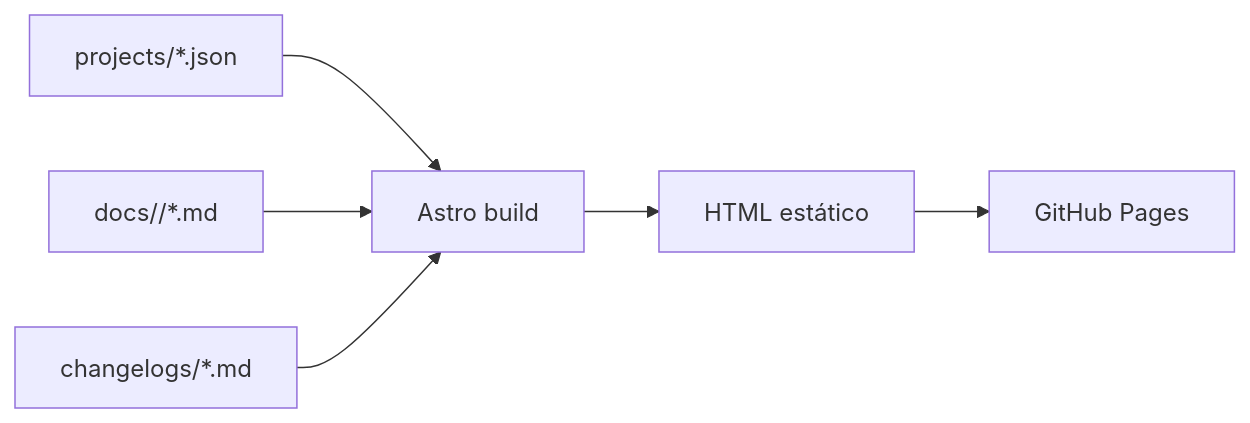
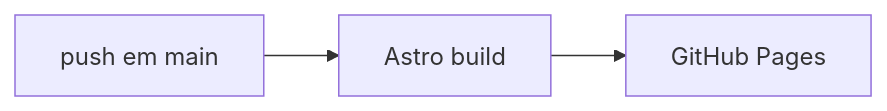
The third of 6 diagrams in docs/gitops-portfolio-lambda/architecture.md (MatheusAzevedoDev/portfolio-hub), drawn with Mermaid before and after one commit. The commit also changed other lines of this file and 4 other files, not shown here.

````diff
--- a/docs/gitops-portfolio-lambda/architecture.md
+++ b/docs/gitops-portfolio-lambda/architecture.md
@@ -133,8 +119,5 @@
 ```mermaid
 flowchart LR
-    A["projects/*.json"] --> D["Astro build"]
-    B["docs/<slug>/*.md"] --> D
-    C["changelogs/*.md"] --> D
-    D --> E["HTML estático"]
-    E --> F["GitHub Pages"]
+    A["push em main"] --> B["Astro build"]
+    B --> C["GitHub Pages"]
 ```
````
